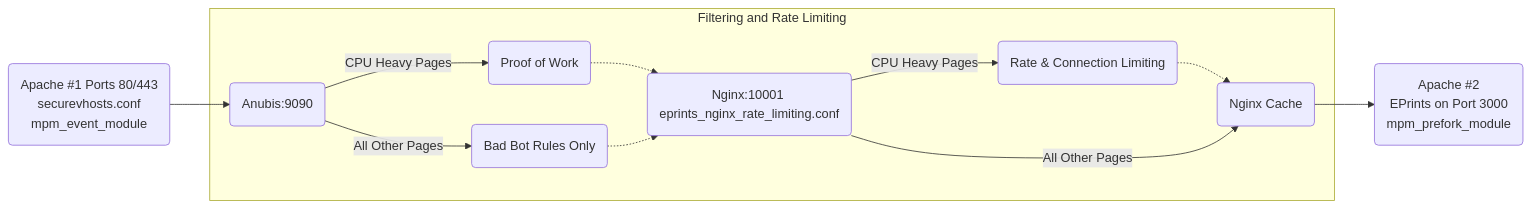
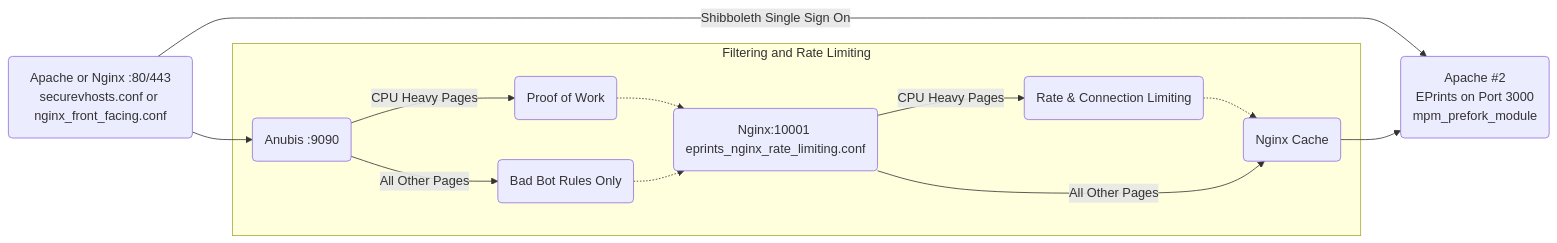
One commit to eprints/BEVIS changed the first of 2 diagrams in README.md. Above: the diagram before and after it, drawn with Mermaid. The commit also changed other lines of this file, not shown here.

````diff
--- a/README.md
+++ b/README.md
@@ -118,31 +128,32 @@
 ```mermaid
 flowchart LR
    
-   TCP(Apache #1 Ports 80/443\nsecurevhosts.conf\nmpm_event_module)
+   TCP(Apache or Nginx :80/443\nsecurevhosts.conf or nginx_front_facing.conf)
    EPRINTS(Apache #2\nEPrints on Port 3000\nmpm_prefork_module)
    
 
    subgraph Filtering and Rate Limiting
-      ANU(Anubis:9090)
+      ANU(Anubis :9090)
       PROOF(Proof of Work)
       BAD(Bad Bot Rules Only)
       RATE(Rate & Connection Limiting)
       NGX(Nginx:10001 \neprints_nginx_rate_limiting.conf)
       CACHE(Nginx Cache)
       
    end
 
    
    TCP -->  ANU
+   TCP --> | Shibboleth Single Sign On | EPRINTS
    ANU --> | CPU Heavy Pages | PROOF
    PROOF -.-> NGX
    ANU --> | All Other Pages | BAD
    BAD -.-> NGX
    NGX --> | CPU Heavy Pages | RATE
    
    
    RATE -.->  CACHE
    NGX --> | All Other Pages | CACHE
    CACHE --> EPRINTS
    
 ```
````
